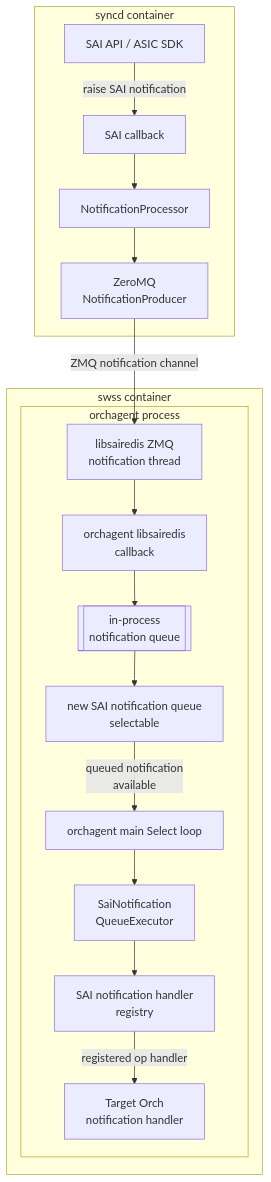
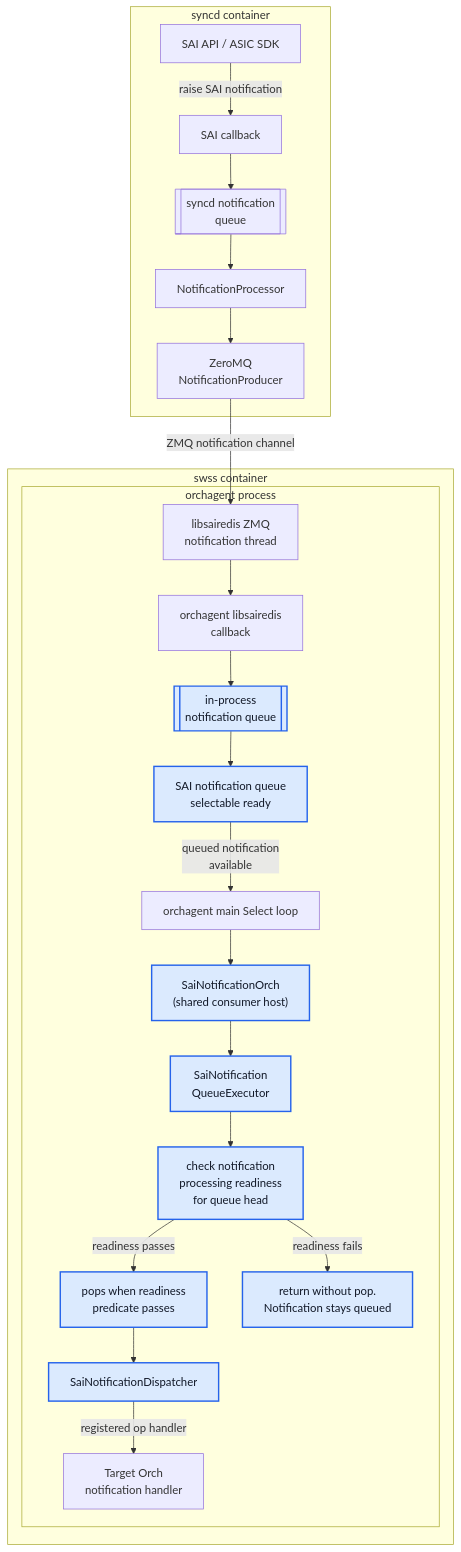
One commit to sonic-net/sonic-buildimage changed the fifth of 10 diagrams in hld/zmq-southbound-sai-notification-handling.md. Above: the diagram before and after it, drawn with Mermaid. The commit also changed other lines of this file, not shown here.

First line of the commit message:
Update ZMQ SAI notification Option 3 HLD

````diff
--- a/hld/zmq-southbound-sai-notification-handling.md
+++ b/hld/zmq-southbound-sai-notification-handling.md
@@ -331,35 +380,48 @@
 ```mermaid
 flowchart TD
     subgraph syncdContainer["syncd container"]
         saiApi["SAI API / ASIC SDK"]
         syncdCallback["SAI callback"]
+        ntfQueue[["syncd notification<br/>queue"]]
         notificationProcessor["NotificationProcessor"]
         zmqProducer["ZeroMQ<br/>NotificationProducer"]
     end
 
     subgraph swssContainer["swss container"]
         subgraph orchagentProcess["orchagent process"]
             zmqThread["libsairedis ZMQ<br/>notification thread"]
             saiCallback["orchagent libsairedis<br/>callback"]
             notificationQueue[["in-process<br/>notification queue"]]
-            selectableEvent["new SAI notification queue<br/>selectable"]
+            queueSelectableReady["SAI notification queue<br/>selectable ready"]
             mainLoop["orchagent main Select loop"]
+            saiNotificationOrch["SaiNotificationOrch<br/>(shared consumer host)"]
             queueExecutor["SaiNotification<br/>QueueExecutor"]
-            dispatcher["SAI notification handler<br/>registry"]
+            headPredicate["check notification<br/>processing readiness<br/>for queue head"]
+            queueDrain["pops when readiness<br/>predicate passes"]
+            stayQueued["return without pop.<br/>Notification stays queued"]
+            dispatcher["SaiNotificationDispatcher"]
             orchHandler["Target Orch<br/>notification handler"]
         end
     end
 
     saiApi -->|"raise SAI notification"| syncdCallback
-    syncdCallback --> notificationProcessor
+    syncdCallback --> ntfQueue
+    ntfQueue --> notificationProcessor
     notificationProcessor --> zmqProducer
     zmqProducer -->|"ZMQ notification channel"| zmqThread
     zmqThread --> saiCallback
 
     saiCallback --> notificationQueue
-    notificationQueue --> selectableEvent
-    selectableEvent -->|"queued notification<br/>available"| mainLoop
-    mainLoop --> queueExecutor
-    queueExecutor --> dispatcher
+    notificationQueue --> queueSelectableReady
+    queueSelectableReady -->|"queued notification<br/>available"| mainLoop
+    mainLoop --> saiNotificationOrch
+    saiNotificationOrch --> queueExecutor
+    queueExecutor --> headPredicate
+    headPredicate -->|"readiness passes"| queueDrain
+    headPredicate -->|"readiness fails"| stayQueued
+    queueDrain --> dispatcher
     dispatcher -->|"registered op handler"| orchHandler
+
+    classDef option3New fill:#dbeafe,stroke:#2563eb,stroke-width:2px,color:#111827
+    class notificationQueue,queueSelectableReady,saiNotificationOrch,queueExecutor,headPredicate,queueDrain,stayQueued,dispatcher option3New
 ```
````
